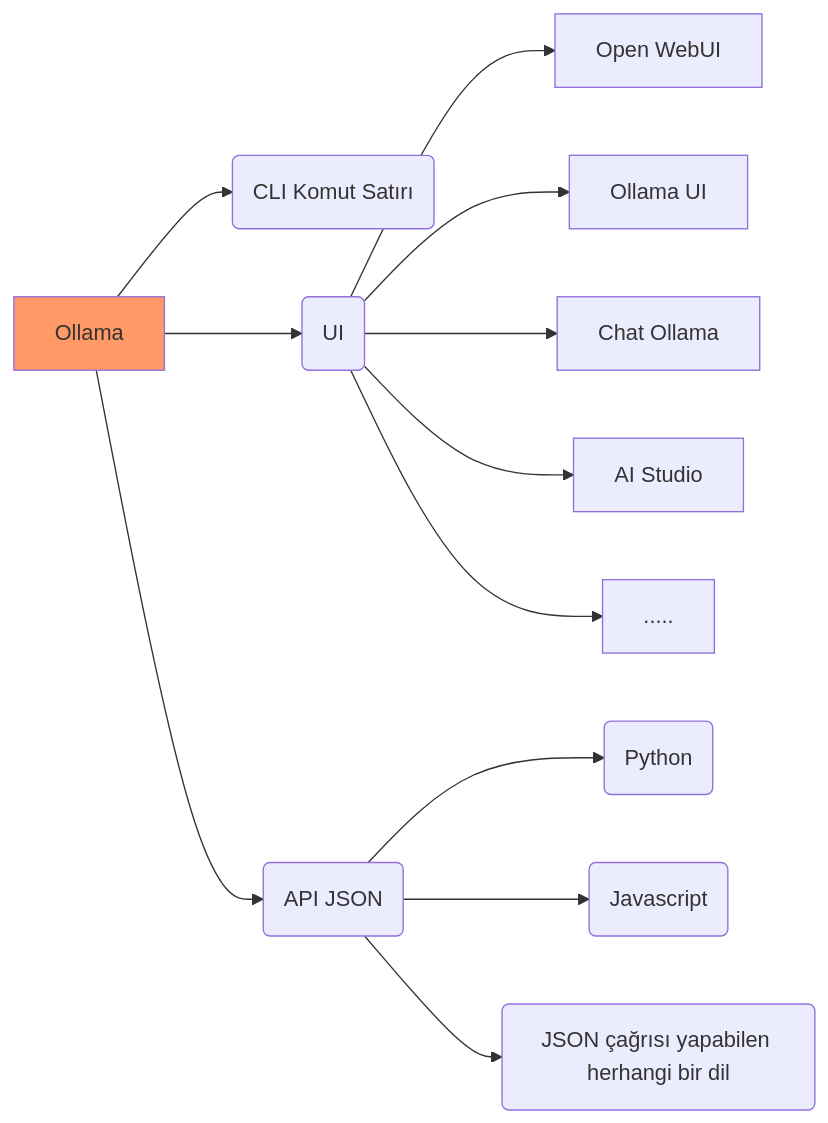
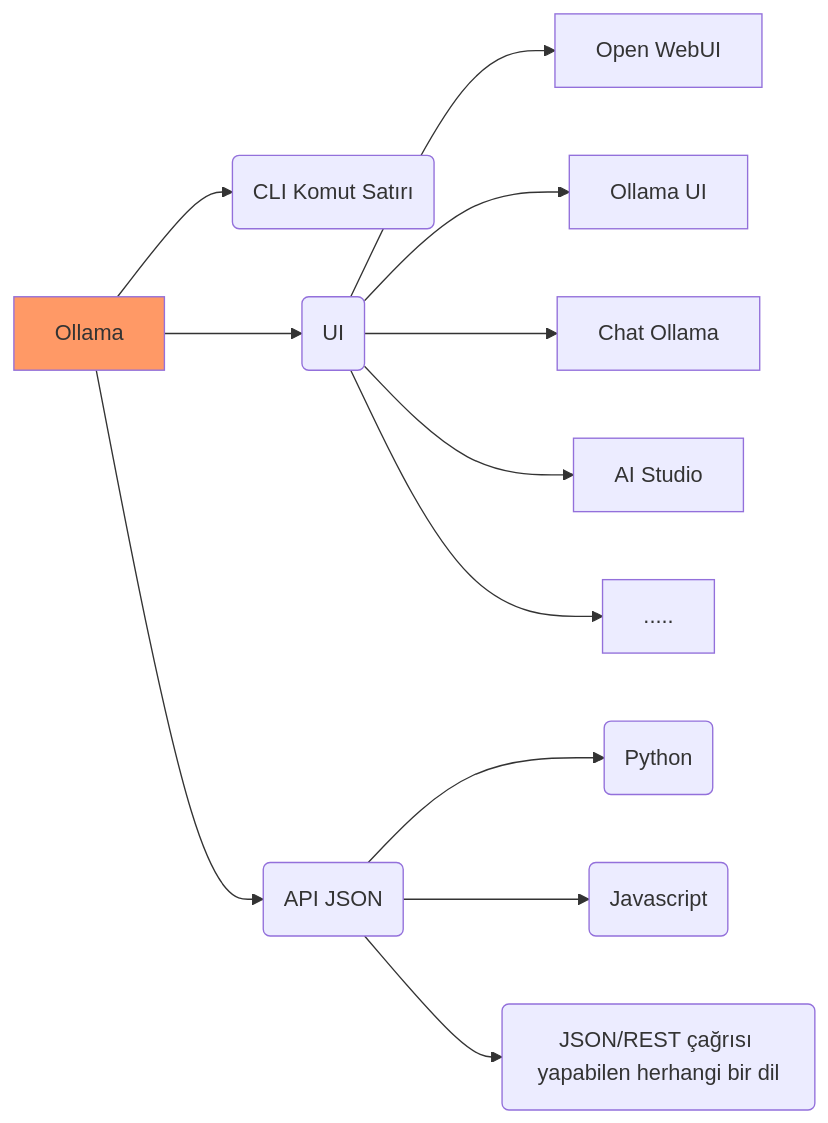
One commit to ati-ozgur/kurs-ollama changed the diagram in diagrams/ollama-applications.md. Above: the diagram before and after it, drawn with Mermaid.

Commit message:
ufak düzeltme

````diff
--- a/diagrams/ollama-applications.md
+++ b/diagrams/ollama-applications.md
@@ -1,17 +1,17 @@
 ```{mermaid}
 %%| fig-width: 2
 flowchart LR
     O[Ollama] --> C(CLI Komut Satırı)
     O --> UI(UI)
     UI --> UI1[Open WebUI]
     UI --> UI2[Ollama UI]
     UI --> UI3[Chat Ollama]
     UI --> UI4[AI Studio]
     UI --> UI5[.....]
     O --> A(API JSON)
     A --> P(Python)
     A --> JS(Javascript)
-    A --> PL(JSON çağrısı yapabilen herhangi bir dil)
+    A --> PL(JSON/REST çağrısı yapabilen herhangi bir dil)
 
     style O fill:#f96
 ```
````
